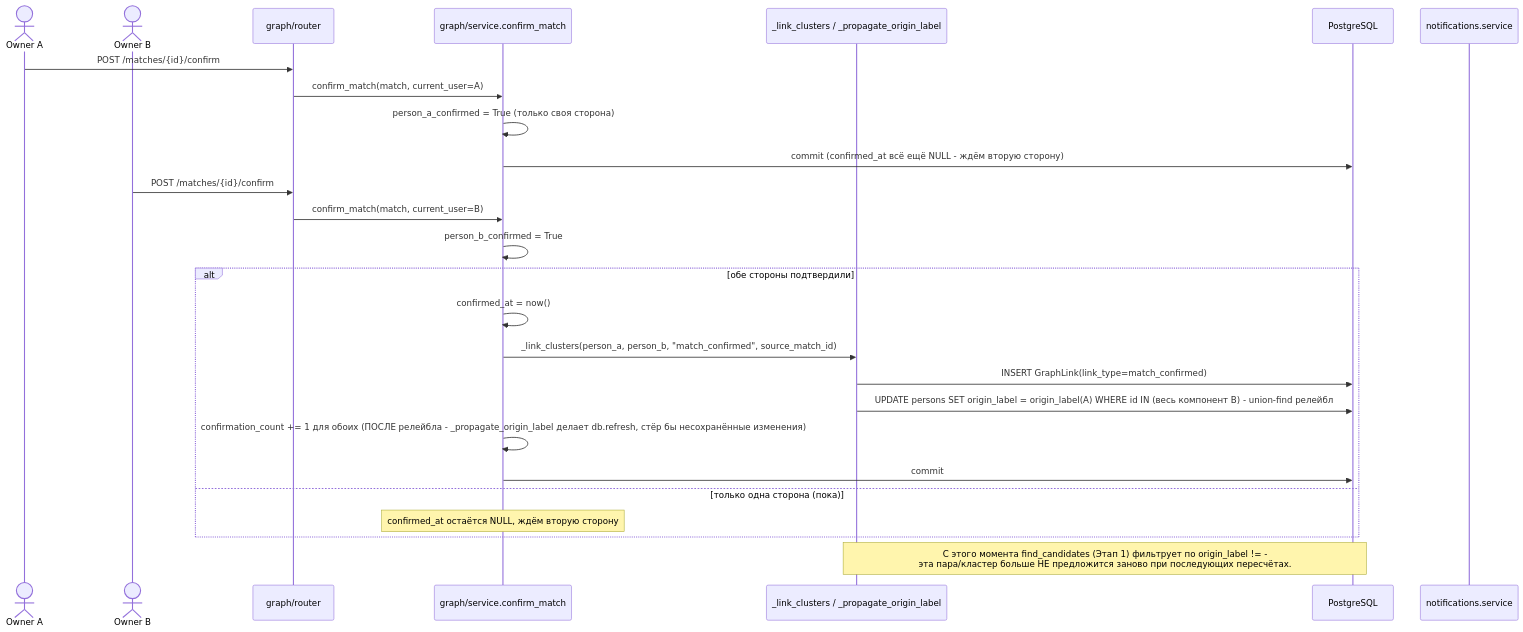
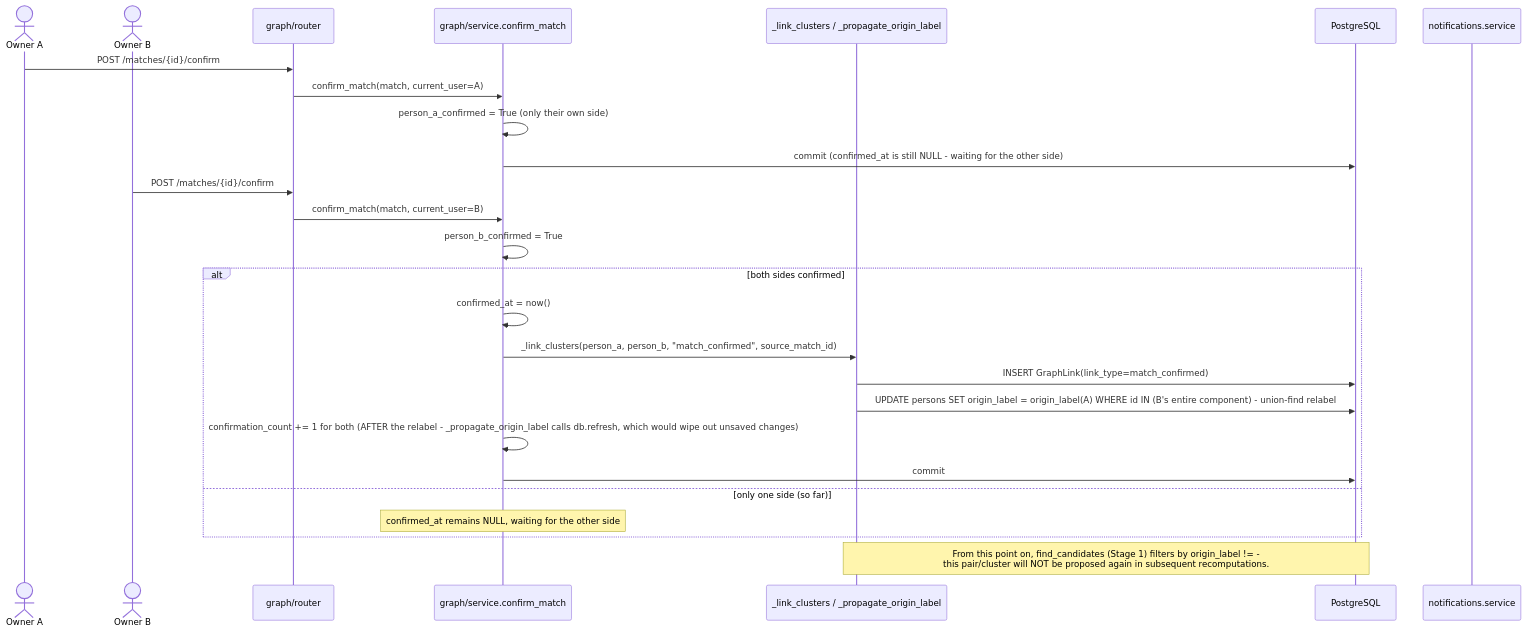
Before and after one commit to moera-sudo/jeli: the seventh of 7 diagrams in README.md, drawn with Mermaid. The commit also changed other lines of this file and 61 other files, not shown here.

````diff
--- a/README.md
+++ b/README.md
@@ -590,31 +594,31 @@
 ```mermaid
 sequenceDiagram
     actor OwnerA as Owner A
     actor OwnerB as Owner B
     participant R as graph/router
     participant S as graph/service.confirm_match
     participant LC as _link_clusters / _propagate_origin_label
     participant DB as PostgreSQL
     participant N as notifications.service
 
     OwnerA->>R: POST /matches/{id}/confirm
     R->>S: confirm_match(match, current_user=A)
-    S->>S: person_a_confirmed = True (только своя сторона)
-    S->>DB: commit (confirmed_at всё ещё NULL - ждём вторую сторону)
+    S->>S: person_a_confirmed = True (only their own side)
+    S->>DB: commit (confirmed_at is still NULL - waiting for the other side)
 
     OwnerB->>R: POST /matches/{id}/confirm
     R->>S: confirm_match(match, current_user=B)
     S->>S: person_b_confirmed = True
-    alt обе стороны подтвердили
+    alt both sides confirmed
         S->>S: confirmed_at = now()
         S->>LC: _link_clusters(person_a, person_b, "match_confirmed", source_match_id)
         LC->>DB: INSERT GraphLink(link_type=match_confirmed)
-        LC->>DB: UPDATE persons SET origin_label = origin_label(A) WHERE id IN (весь компонент B) - union-find релейбл
-        S->>S: confirmation_count += 1 для обоих (ПОСЛЕ релейбла - _propagate_origin_label делает db.refresh, стёр бы несохранённые изменения)
+        LC->>DB: UPDATE persons SET origin_label = origin_label(A) WHERE id IN (B's entire component) - union-find relabel
+        S->>S: confirmation_count += 1 for both (AFTER the relabel - _propagate_origin_label calls db.refresh, which would wipe out unsaved changes)
         S->>DB: commit
-    else только одна сторона (пока)
-        Note over S: confirmed_at остаётся NULL, ждём вторую сторону
+    else only one side (so far)
+        Note over S: confirmed_at remains NULL, waiting for the other side
     end
 
-    Note over LC,DB: С этого момента find_candidates (Этап 1) фильтрует по origin_label != -<br/>эта пара/кластер больше НЕ предложится заново при последующих пересчётах.
+    Note over LC,DB: From this point on, find_candidates (Stage 1) filters by origin_label != -<br/>this pair/cluster will NOT be proposed again in subsequent recomputations.
 ```
````
